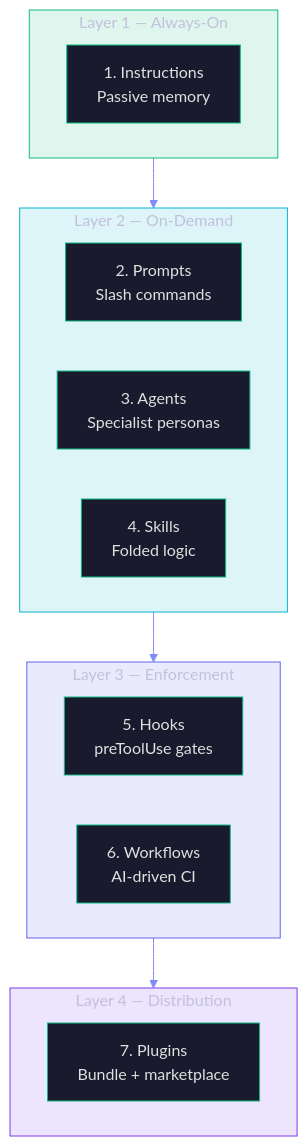
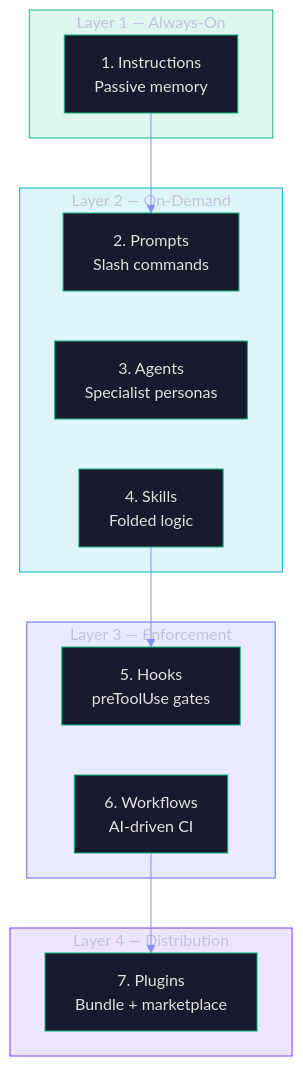
One commit to frootai/frootai changed the second of 3 diagrams in docs/F4-GitHub-Agentic-OS.md. Above: the diagram before and after it, drawn with Mermaid. The commit also changed other lines of this file and 15 other files, not shown here.

Commit message:
docs: harden learning module diagrams

````diff
--- a/docs/F4-GitHub-Agentic-OS.md
+++ b/docs/F4-GitHub-Agentic-OS.md
@@ -91,29 +90,33 @@
 ```mermaid
 %%{init: {'theme': 'base', 'themeVariables': {'primaryColor': '#1a1a2e', 'primaryTextColor': '#e0e0e0', 'primaryBorderColor': '#10b981', 'lineColor': '#818cf8', 'background': 'transparent'}}}%%
 graph TB
     subgraph L4["Layer 4 — Distribution"]
         P7["7. Plugins<br/>Bundle + marketplace"]
     end
     
     subgraph L3["Layer 3 — Enforcement"]
         P5["5. Hooks<br/>preToolUse gates"]
         P6["6. Workflows<br/>AI-driven CI"]
+      P5 ~~~ P6
     end
     
     subgraph L2["Layer 2 — On-Demand"]
         P2["2. Prompts<br/>Slash commands"]
         P3["3. Agents<br/>Specialist personas"]
         P4["4. Skills<br/>Folded logic"]
+        P2 ~~~ P3 ~~~ P4
     end
     
     subgraph L1["Layer 1 — Always-On"]
         P1["1. Instructions<br/>Passive memory"]
     end
     
-    L1 --> L2 --> L3 --> L4
+    P1 --> P2
+    P4 --> P5
+    P6 --> P7
     
     style L1 fill:#10b98122,stroke:#10b981
     style L2 fill:#06b6d422,stroke:#06b6d4
     style L3 fill:#6366f122,stroke:#6366f1
     style L4 fill:#7c3aed22,stroke:#7c3aed
 ```
````
